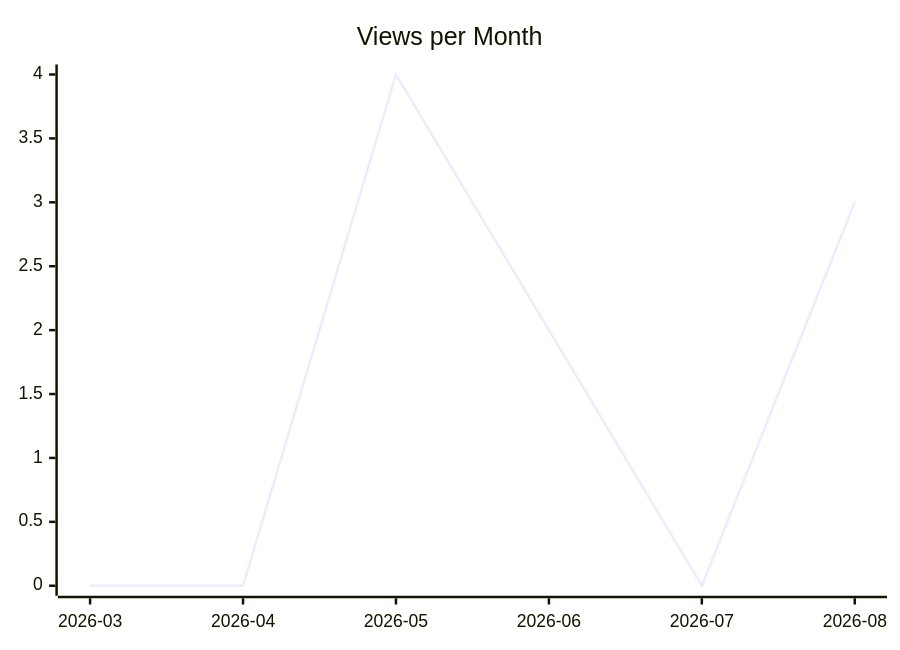
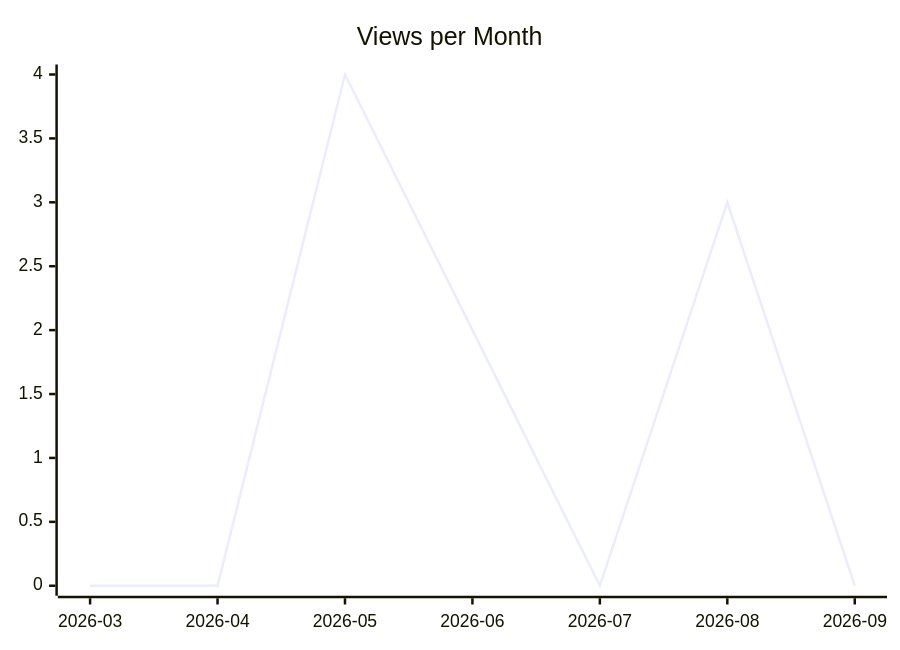
The second of 3 diagrams in karlmdavis/kobjects/README.md (justdavis-family/github-analytics-data), drawn with Mermaid before and after one commit. The commit also changed other lines of this file and 191 other files, not shown here.

````diff
--- a/karlmdavis/kobjects/README.md
+++ b/karlmdavis/kobjects/README.md
@@ -12,6 +12,6 @@
 ```mermaid
 xychart-beta
   title "Views per Month"
-  x-axis ["2026-03", "2026-04", "2026-05", "2026-06", "2026-07", "2026-08"]
-  line [0, 0, 4, 2, 0, 3]
+  x-axis ["2026-03", "2026-04", "2026-05", "2026-06", "2026-07", "2026-08", "2026-09"]
+  line [0, 0, 4, 2, 0, 3, 0]
 ```
````
